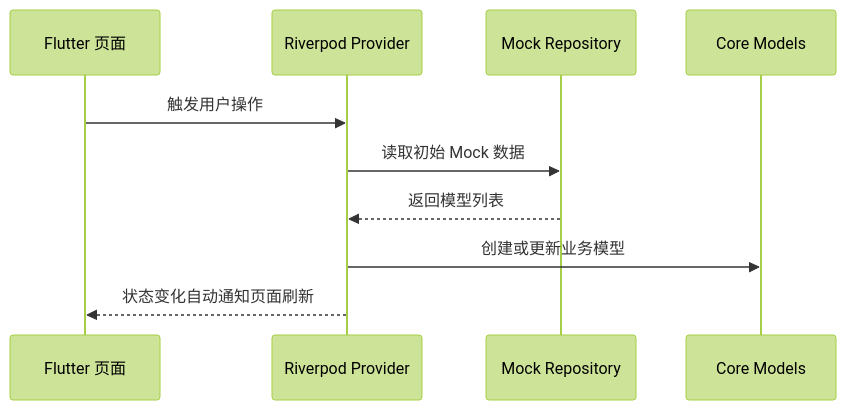
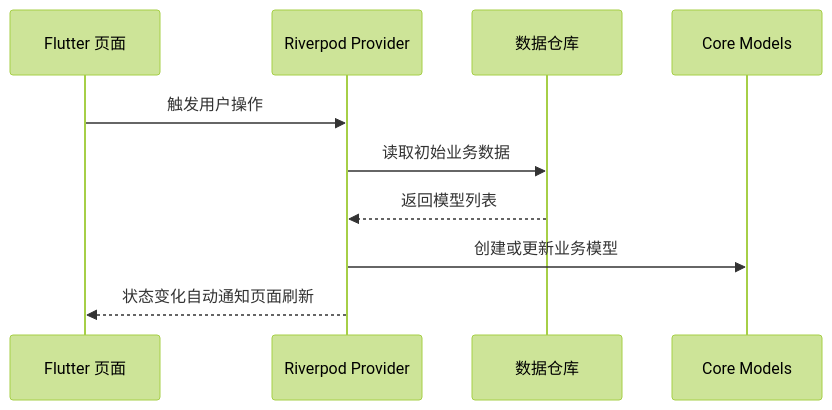
The diagram in docs/04_项目源码说明.md (SFENVD/BUS-FLUTTER), drawn with Mermaid (forest theme) before and after one commit. The commit also changed other lines of this file and 15 other files, not shown here.

````diff
--- a/docs/04_项目源码说明.md
+++ b/docs/04_项目源码说明.md
@@ -173,13 +172,13 @@
 ```mermaid
 sequenceDiagram
   participant UI as Flutter 页面
   participant Provider as Riverpod Provider
-  participant Repo as Mock Repository
+  participant Repo as 数据仓库
   participant Model as Core Models
 
   UI->>Provider: 触发用户操作
-  Provider->>Repo: 读取初始 Mock 数据
+  Provider->>Repo: 读取初始业务数据
   Repo-->>Provider: 返回模型列表
   Provider->>Model: 创建或更新业务模型
   Provider-->>UI: 状态变化自动通知页面刷新
 ```
````
